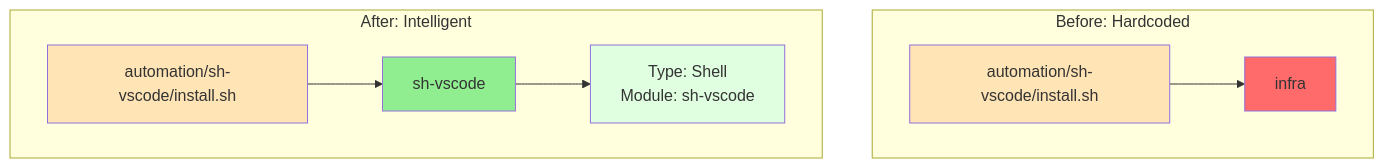
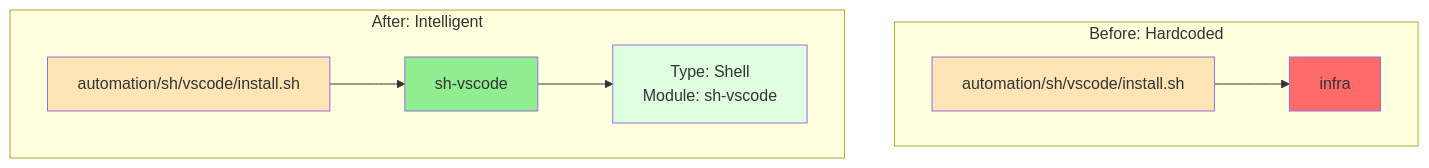
Diagram 12 of 13 in docs/guide/module-detection.md (ready-to-release/eac), drawn with Mermaid before and after one commit. The commit also changed other lines of this file and 29 other files, not shown here.

````diff
--- a/docs/guide/module-detection.md
+++ b/docs/guide/module-detection.md
@@ -413,20 +413,20 @@
 ```mermaid
 graph TB
     subgraph "Before: Hardcoded"
-        B1["automation/sh-vscode/install.sh"]
+        B1["automation/sh/vscode/install.sh"]
         B1 --> BM1["infra"]
 
         style B1 fill:#FFE4B5
         style BM1 fill:#FF6B6B
     end
 
     subgraph "After: Intelligent"
-        A1["automation/sh-vscode/install.sh"]
+        A1["automation/sh/vscode/install.sh"]
         A1 --> AM1["sh-vscode"]
         AM1 --> AT1["Type: Shell<br/>Module: sh-vscode"]
 
         style A1 fill:#FFE4B5
         style AM1 fill:#90EE90
         style AT1 fill:#E0FFE0
     end
 ```
````
